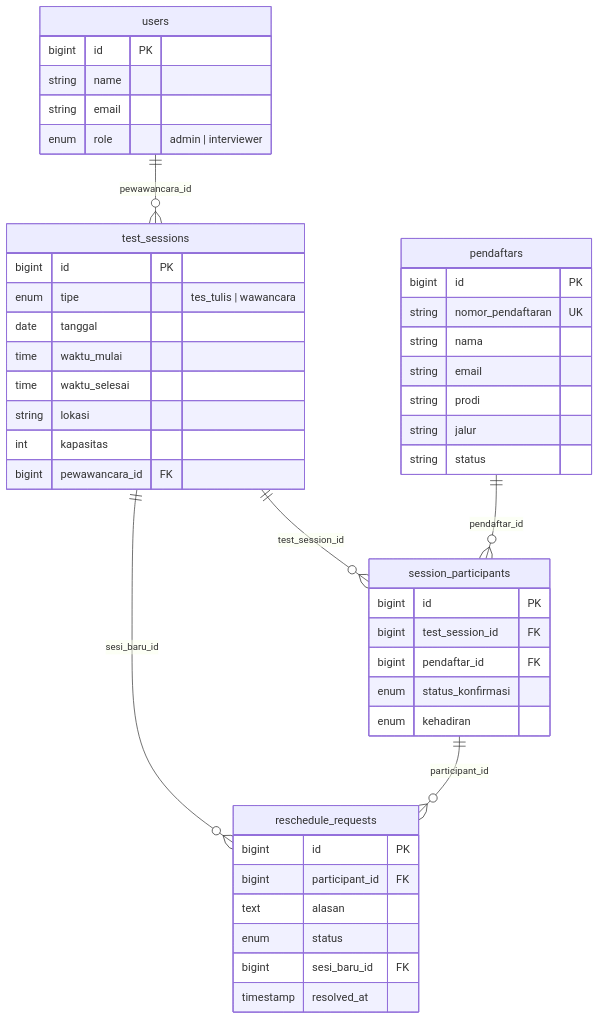
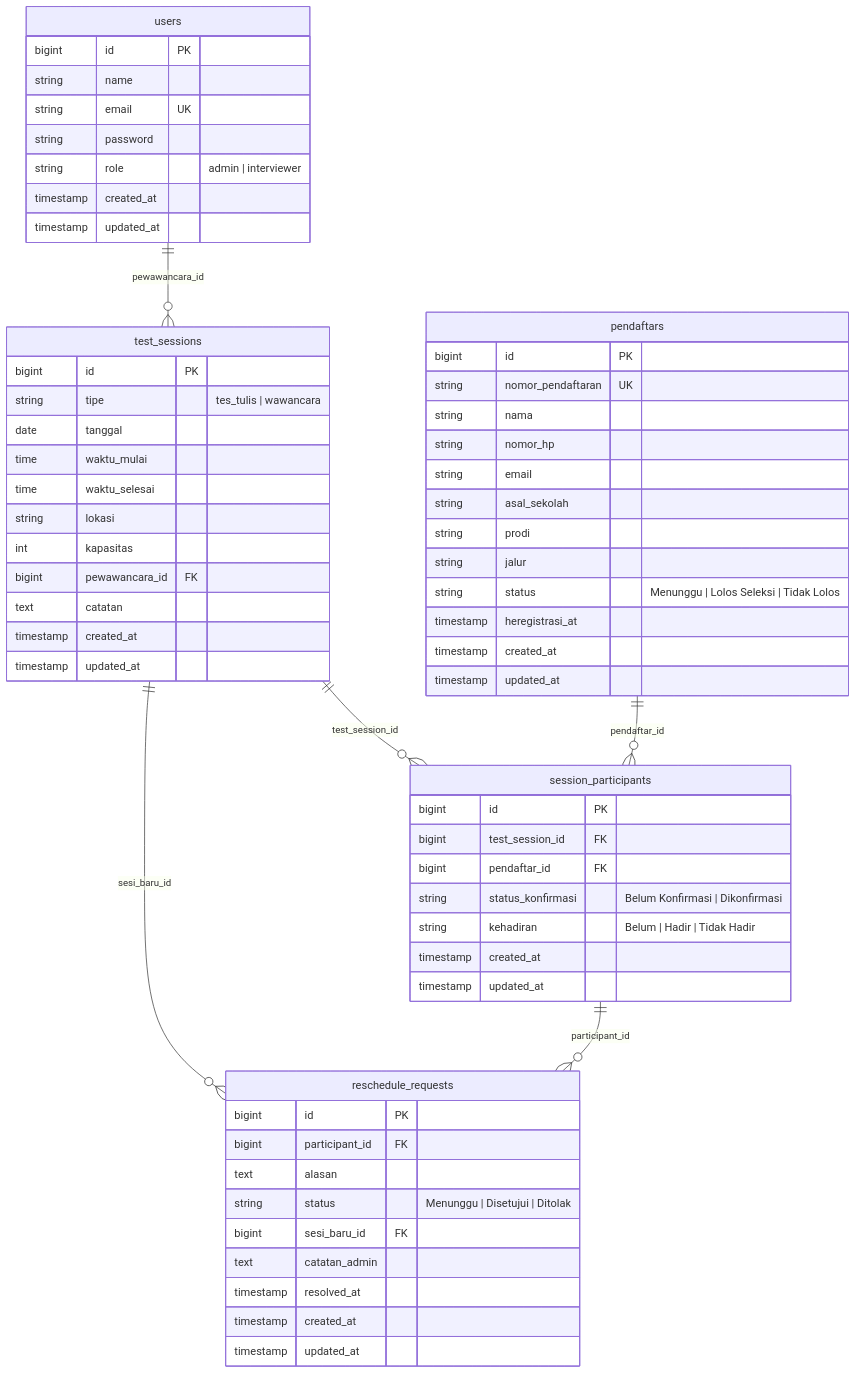
One commit to yusikaintan-afk/devplan-md changed the diagram in devplan-yusikaintan.md. Above: the diagram before and after it, drawn with Mermaid. The commit also changed other lines of this file and 192 other files, not shown here.

````diff
--- a/devplan-yusikaintan.md
+++ b/devplan-yusikaintan.md
@@ -373,53 +436,69 @@
 ```mermaid
 erDiagram
     users ||--o{ test_sessions : "pewawancara_id"
     test_sessions ||--o{ session_participants : "test_session_id"
     pendaftars ||--o{ session_participants : "pendaftar_id"
     session_participants ||--o{ reschedule_requests : "participant_id"
     test_sessions ||--o{ reschedule_requests : "sesi_baru_id"
 
     users {
         bigint id PK
         string name
-        string email
-        enum role "admin | interviewer"
+        string email UK
+        string password
+        string role "admin | interviewer"
+        timestamp created_at
+        timestamp updated_at
     }
 
     pendaftars {
         bigint id PK
         string nomor_pendaftaran UK
         string nama
+        string nomor_hp
         string email
+        string asal_sekolah
         string prodi
         string jalur
-        string status
+        string status "Menunggu | Lolos Seleksi | Tidak Lolos"
+        timestamp heregistrasi_at
+        timestamp created_at
+        timestamp updated_at
     }
 
     test_sessions {
         bigint id PK
-        enum tipe "tes_tulis | wawancara"
+        string tipe "tes_tulis | wawancara"
         date tanggal
         time waktu_mulai
         time waktu_selesai
         string lokasi
         int kapasitas
         bigint pewawancara_id FK
+        text catatan
+        timestamp created_at
+        timestamp updated_at
     }
 
     session_participants {
         bigint id PK
         bigint test_session_id FK
         bigint pendaftar_id FK
-        enum status_konfirmasi
-        enum kehadiran
+        string status_konfirmasi "Belum Konfirmasi | Dikonfirmasi"
+        string kehadiran "Belum | Hadir | Tidak Hadir"
+        timestamp created_at
+        timestamp updated_at
     }
 
     reschedule_requests {
         bigint id PK
         bigint participant_id FK
         text alasan
-        enum status
+        string status "Menunggu | Disetujui | Ditolak"
         bigint sesi_baru_id FK
+        text catatan_admin
         timestamp resolved_at
+        timestamp created_at
+        timestamp updated_at
     }
 ```
````
